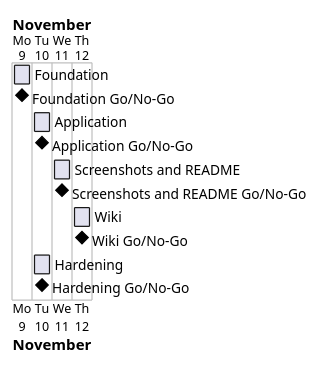
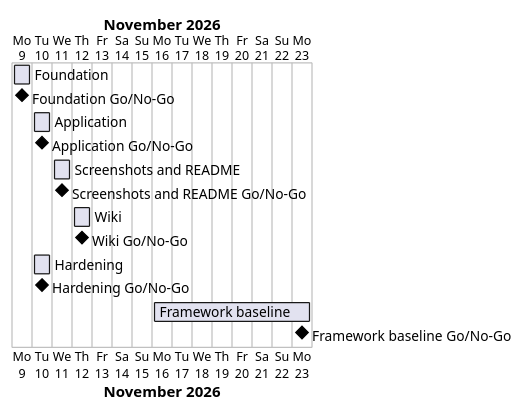
Before and after one commit to Tirsvad-Udemy-100-days-of-code/062-coffee-and-wifi: the diagram in docs/project-plan.md, drawn with PlantUML. The commit also changed other lines of this file and 15 other files, not shown here.

First line of the commit message:
MIL-006: bring the project to the framework baseline

````diff
--- a/docs/project-plan.md
+++ b/docs/project-plan.md
@@ -40,15 +45,17 @@
 ```plantuml
 @startgantt
 Project starts 2026-11-09
 [Foundation] starts 2026-11-09 and ends 2026-11-09
 [Foundation Go/No-Go] happens 2026-11-09
 [Application] starts 2026-11-10 and ends 2026-11-10
 [Application Go/No-Go] happens 2026-11-10
 [Screenshots and README] starts 2026-11-11 and ends 2026-11-11
 [Screenshots and README Go/No-Go] happens 2026-11-11
 [Wiki] starts 2026-11-12 and ends 2026-11-12
 [Wiki Go/No-Go] happens 2026-11-12
 [Hardening] starts 2026-11-10 and ends 2026-11-10
 [Hardening Go/No-Go] happens 2026-11-10
+[Framework baseline] starts 2026-11-16 and ends 2026-11-23
+[Framework baseline Go/No-Go] happens 2026-11-23
 @endgantt
 ```
````
